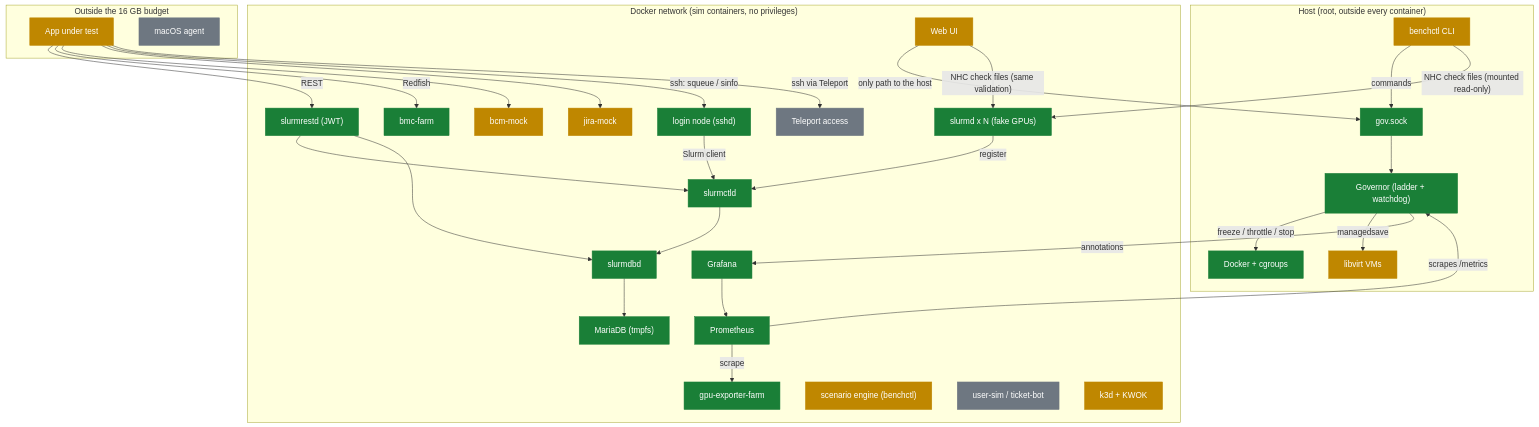
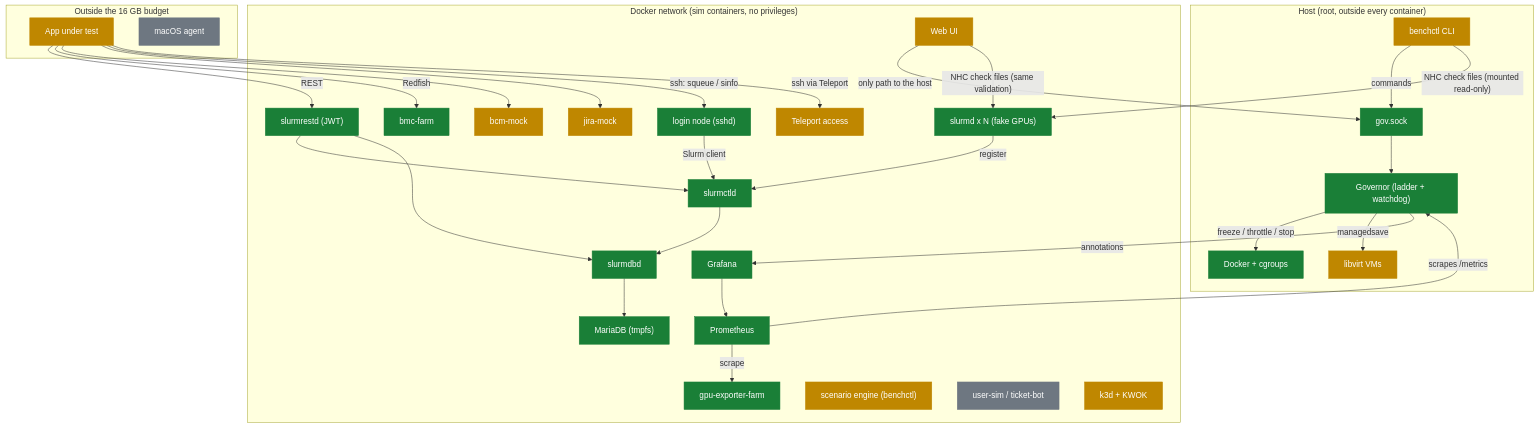
One commit to AhmedYousriSobhi/workbench changed the second of 2 diagrams in docs/PROGRESS.md. Above: the diagram before and after it, drawn with Mermaid. The commit also changed other lines of this file and 23 other files, not shown here.

First line of the commit message:
feat: Teleport access, real auth+proxy with agentless OpenSSH nodes (#39)

````diff
--- a/docs/PROGRESS.md
+++ b/docs/PROGRESS.md
@@ -32,60 +32,60 @@
 ```mermaid
 flowchart TB
     subgraph host["Host (root, outside every container)"]
         benchctl["benchctl CLI"]:::partial
         gov["Governor (ladder + watchdog)"]:::done
         sock["gov.sock"]:::done
         docker["Docker + cgroups"]:::done
         libvirt["libvirt VMs"]:::partial
     end
     subgraph net["Docker network (sim containers, no privileges)"]
         ctld["slurmctld"]:::done
         slurmd["slurmd x N (fake GPUs)"]:::done
         restd["slurmrestd (JWT)"]:::done
         dbd["slurmdbd"]:::done
         maria["MariaDB (tmpfs)"]:::done
         prom["Prometheus"]:::done
         graf["Grafana"]:::done
         gpux["gpu-exporter-farm"]:::done
         bmc["bmc-farm"]:::done
         bcm["bcm-mock"]:::partial
         jira["jira-mock"]:::partial
         login["login node (sshd)"]:::done
-        tele["Teleport access"]:::todo
+        tele["Teleport access"]:::partial
         chaos["scenario engine (benchctl)"]:::partial
         users["user-sim / ticket-bot"]:::todo
         k8s["k3d + KWOK"]:::partial
         webui["Web UI"]:::partial
     end
     subgraph ext["Outside the 16 GB budget"]
         app["App under test"]:::partial
         mac["macOS agent"]:::todo
     end
     benchctl -->|"commands"| sock
     sock --> gov
     gov -->|"freeze / throttle / stop"| docker
     gov -->|"managedsave"| libvirt
     prom -->|"scrapes /metrics"| gov
     gov -->|"annotations"| graf
     slurmd -->|"register"| ctld
     restd --> ctld
     restd --> dbd
     ctld --> dbd
     dbd --> maria
     prom -->|"scrape"| gpux
     graf --> prom
     webui -->|"only path to the host"| sock
     benchctl -->|"NHC check files (mounted read-only)"| slurmd
     webui -->|"NHC check files (same validation)"| slurmd
     app -->|"REST"| restd
     app -->|"Redfish"| bmc
     app --> bcm
     app --> jira
     app -->|"ssh: squeue / sinfo"| login
     login -->|"Slurm client"| ctld
     app -->|"ssh via Teleport"| tele
     classDef done fill:#1a7f37,stroke:#1a7f37,color:#fff
     classDef review fill:#0969da,stroke:#0969da,color:#fff
     classDef partial fill:#bf8700,stroke:#bf8700,color:#fff
     classDef todo fill:#6e7781,stroke:#6e7781,color:#fff
 ```
````
